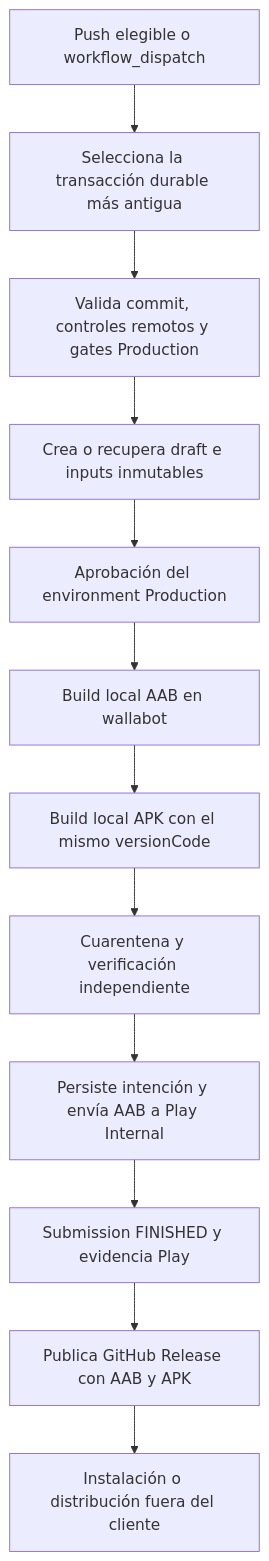
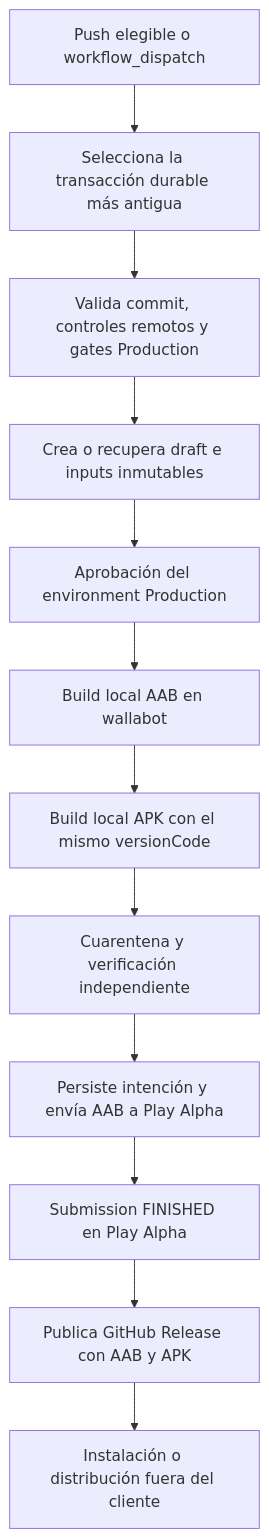
Before and after one commit to maximofn/gymnasia: the second of 2 diagrams in openwiki/integrations/vivagym-and-updates.md, drawn with Mermaid. The commit also changed other lines of this file and 22 other files, not shown here.

````diff
--- a/openwiki/integrations/vivagym-and-updates.md
+++ b/openwiki/integrations/vivagym-and-updates.md
@@ -109,14 +111,14 @@
 ```mermaid
 flowchart TD
     Trigger["Push elegible o workflow_dispatch"] --> Select["Selecciona la transacción durable más antigua"]
     Select --> Source["Valida commit, controles remotos y gates Production"]
     Source --> Draft["Crea o recupera draft e inputs inmutables"]
     Draft --> Approval["Aprobación del environment Production"]
     Approval --> BuildAAB["Build local AAB en wallabot"]
     BuildAAB --> BuildAPK["Build local APK con el mismo versionCode"]
     BuildAPK --> Quarantine["Cuarentena y verificación independiente"]
-    Quarantine --> PlayIntent["Persiste intención y envía AAB a Play Internal"]
-    PlayIntent --> PlayDone["Submission FINISHED y evidencia Play"]
+    Quarantine --> PlayIntent["Persiste intención y envía AAB a Play Alpha"]
+    PlayIntent --> PlayDone["Submission FINISHED en Play Alpha"]
     PlayDone --> Publish["Publica GitHub Release con AAB y APK"]
     Publish --> External["Instalación o distribución fuera del cliente"]
 ```
````
